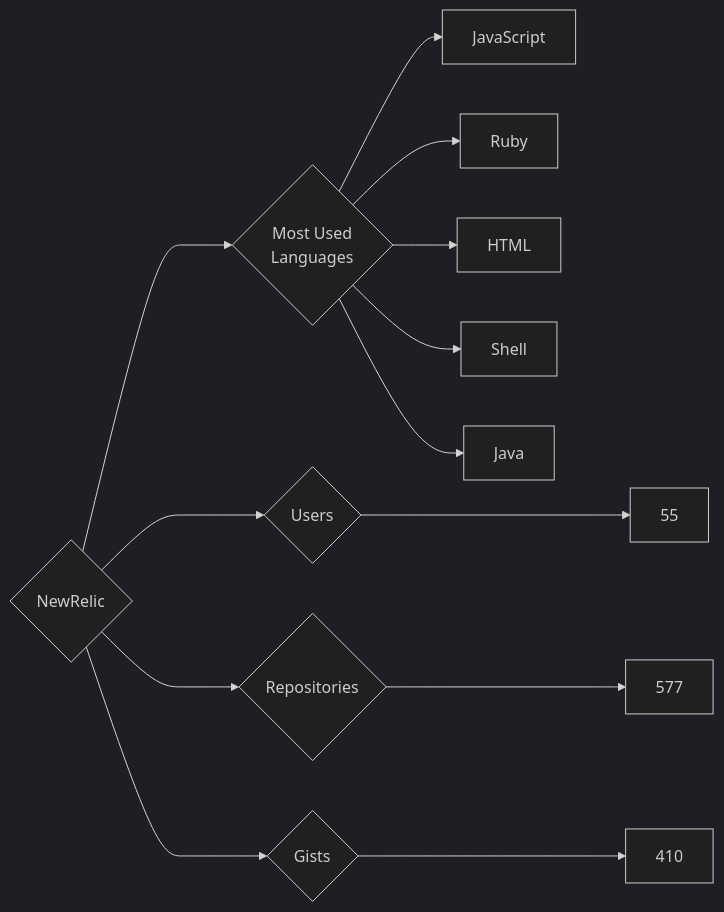
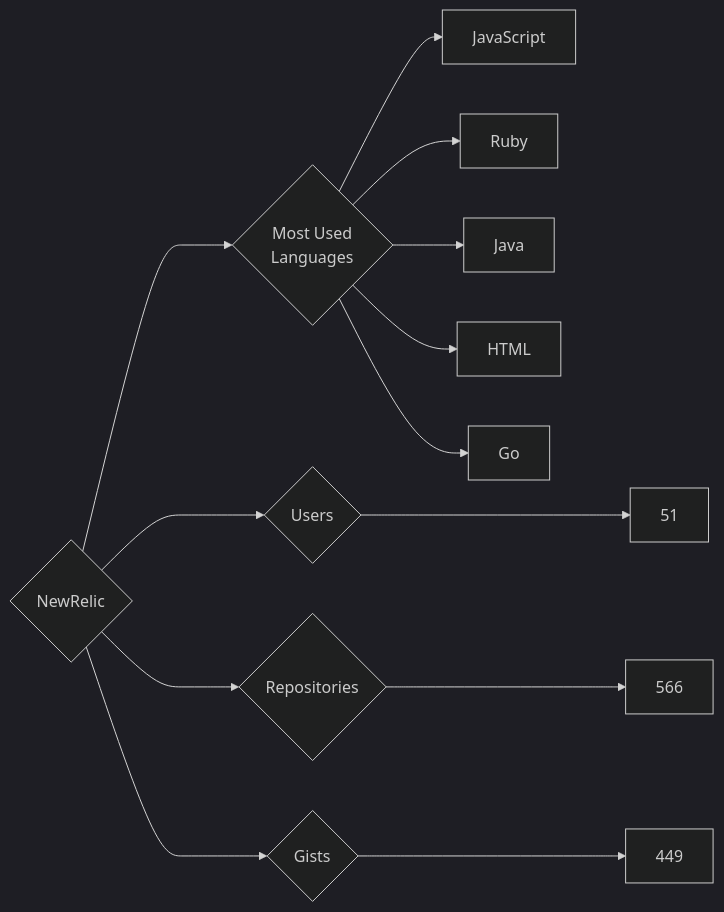
Before and after one commit to trickest/insiders: the diagram in targets/NewRelic/README.md, drawn with Mermaid (dark theme). The commit also changed 1508 other files, not shown here.

````diff
--- a/targets/NewRelic/README.md
+++ b/targets/NewRelic/README.md
@@ -3,13 +3,13 @@
 ```mermaid
 graph LR
 COMPANY_NAME{NewRelic}
-COMPANY_NAME ---> U{Users} ---> UN[55]
-COMPANY_NAME ---> R{Repositories} ---> RN[577]
-COMPANY_NAME ---> G{Gists} ---> GN[410]
+COMPANY_NAME ---> U{Users} ---> UN[51]
+COMPANY_NAME ---> R{Repositories} ---> RN[566]
+COMPANY_NAME ---> G{Gists} ---> GN[449]
 COMPANY_NAME ---> ML{Most Used<br>Languages}
 ML --> JavaScript[JavaScript]
 ML --> Ruby[Ruby]
+ML --> Java[Java]
 ML --> HTML[HTML]
-ML --> Shell[Shell]
-ML --> Java[Java]
+ML --> Go[Go]
 ```
````
